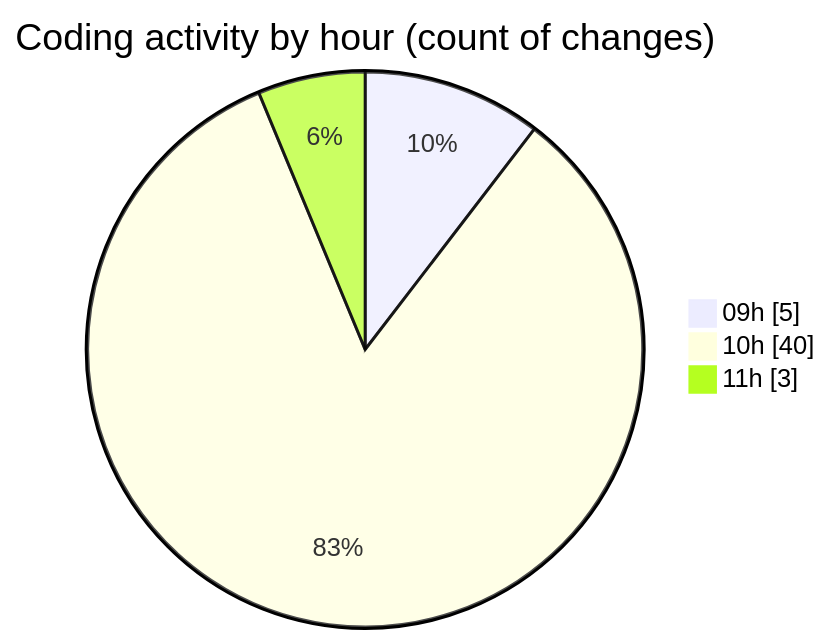
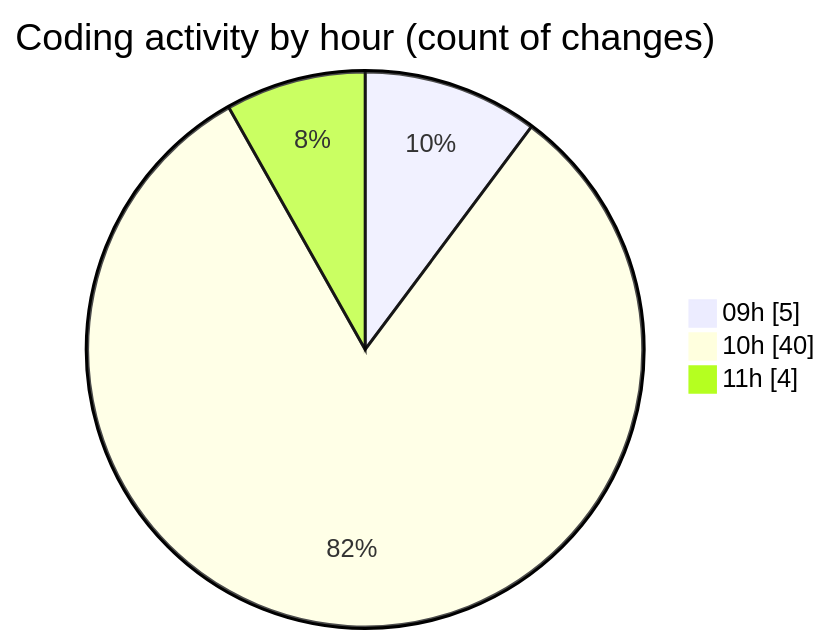
Before and after one commit to CELIANVF/code-tracking: the second of 2 diagrams in 2025-06-02/ecodeli-1/README.md, drawn with Mermaid. The commit also changed other lines of this file and 1 other file, not shown here.

````diff
--- a/2025-06-02/ecodeli-1/README.md
+++ b/2025-06-02/ecodeli-1/README.md
@@ -64,7 +64,7 @@
 ```mermaid
 pie showData
 title Coding activity by hour (count of changes)
 "09h" : 5
 "10h" : 40
-"11h" : 3
+"11h" : 4
 ```
````
